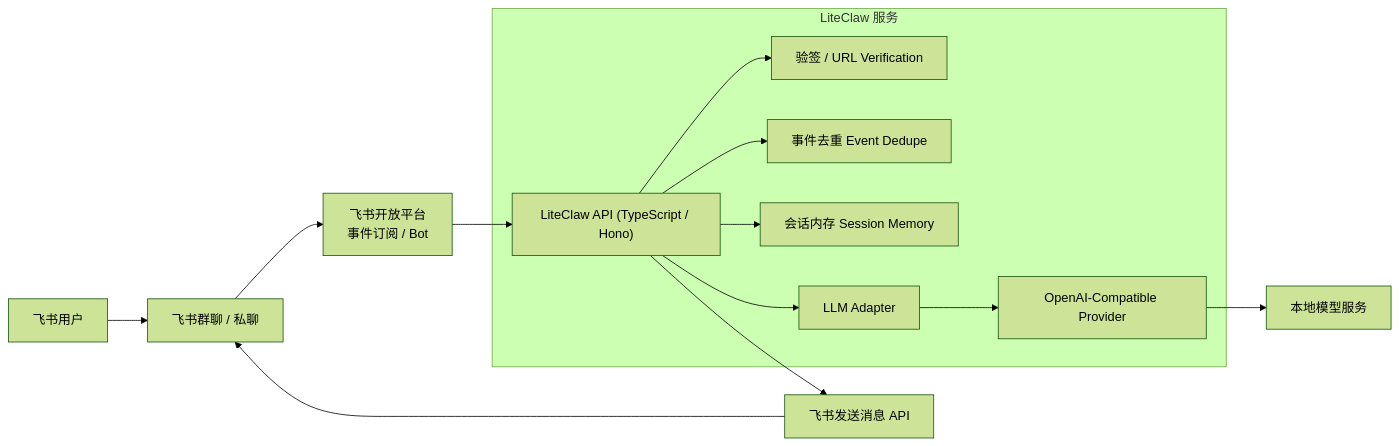
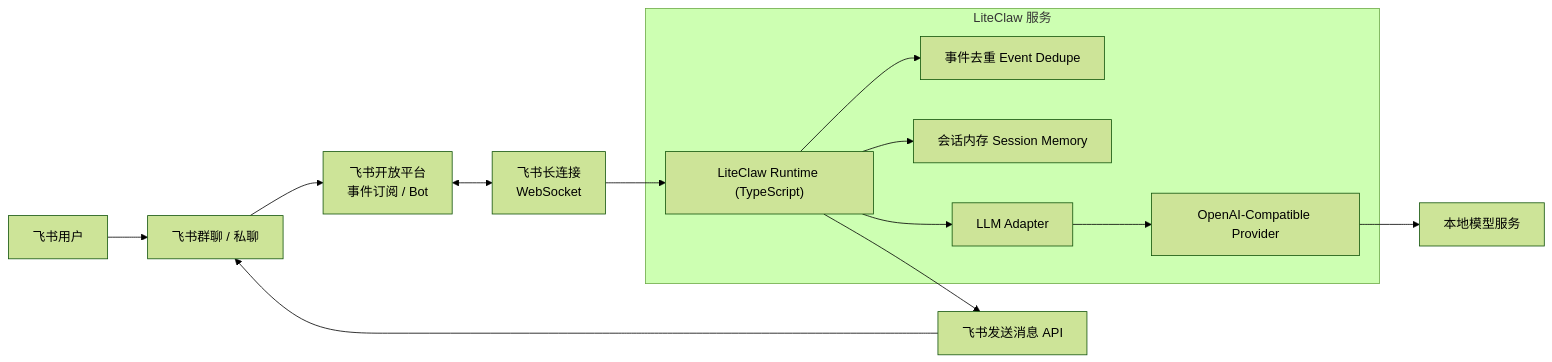
The first of 3 diagrams in docs/liteclaw-feishu-mvp.md (WarrenJones/liteClaw), drawn with Mermaid (forest theme) before and after one commit. The commit also changed other lines of this file and 12 other files, not shown here.

Commit message:
Add Feishu long-connection MVP flow

````diff
--- a/docs/liteclaw-feishu-mvp.md
+++ b/docs/liteclaw-feishu-mvp.md
@@ -28,18 +28,18 @@
 ```mermaid
 flowchart LR
     U["飞书用户"] --> G["飞书群聊 / 私聊"]
     G --> F["飞书开放平台<br/>事件订阅 / Bot"]
-    F --> T["LiteClaw API (TypeScript / Hono)"]
+    F <--> C["飞书长连接<br/>WebSocket"]
+    C --> T["LiteClaw Runtime (TypeScript)"]
 
     subgraph LiteClaw["LiteClaw 服务"]
-      T --> V["验签 / URL Verification"]
       T --> D["事件去重 Event Dedupe"]
       T --> M["会话内存 Session Memory"]
       T --> O["LLM Adapter"]
       O --> P["OpenAI-Compatible Provider"]
     end
 
     P --> K["本地模型服务"]
     T --> R["飞书发送消息 API"]
     R --> G
 ```
````
